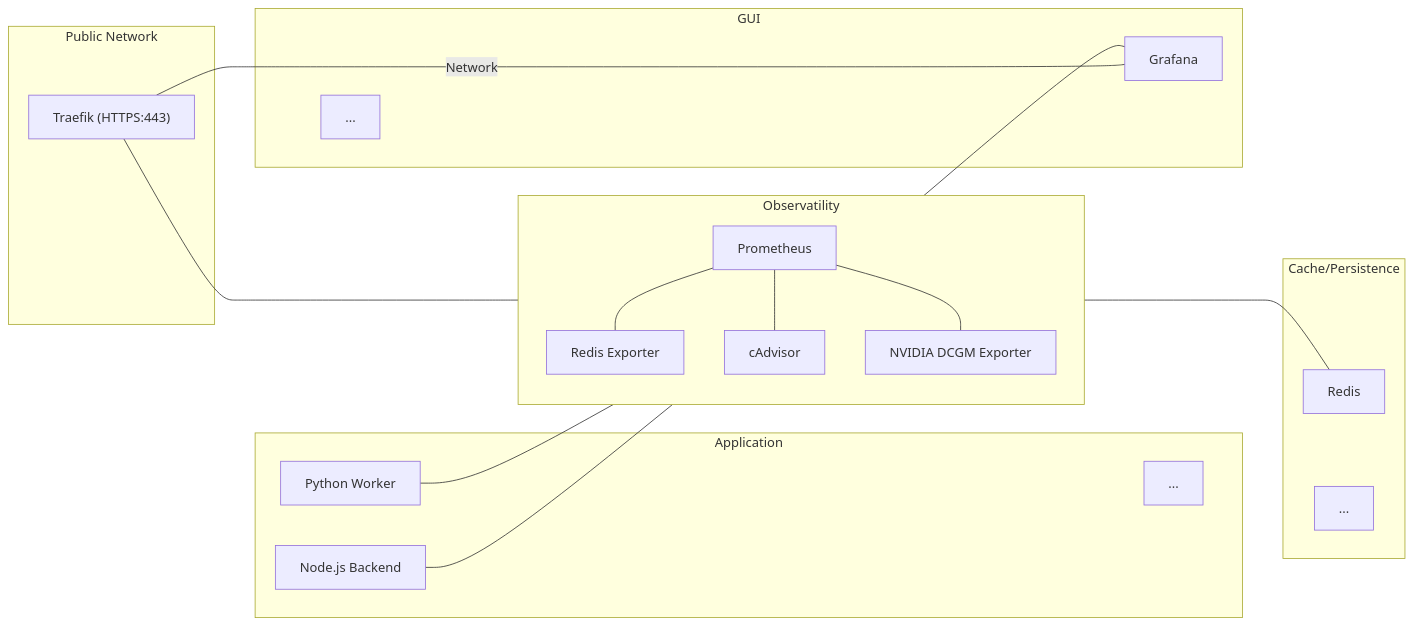
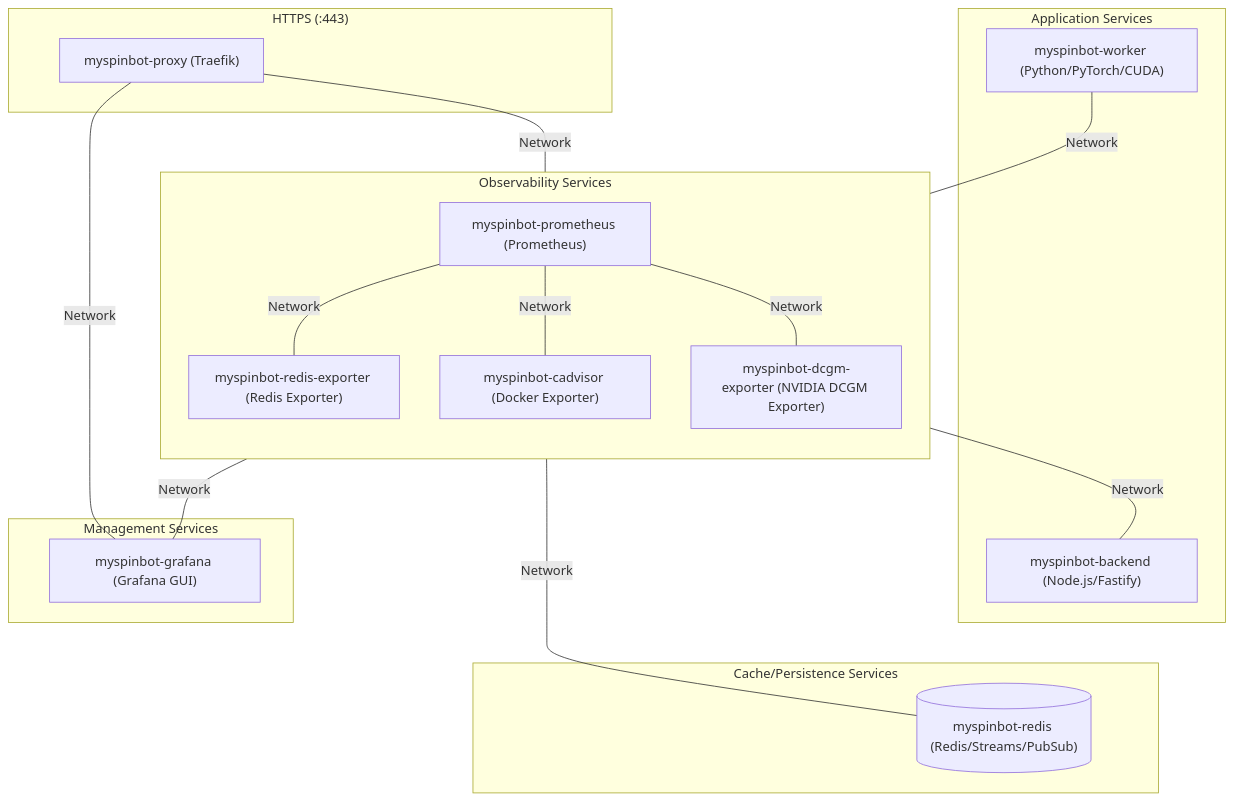
One commit to ktzevani/myspinbot changed the second of 6 diagrams in docs/04_modular_breakdown.md. Above: the diagram before and after it, drawn with Mermaid. The commit also changed other lines of this file, not shown here.

````diff
--- a/docs/04_modular_breakdown.md
+++ b/docs/04_modular_breakdown.md
@@ -85,41 +99,38 @@
 ```mermaid
-flowchart LR
-    subgraph Traefik["Public Network"]
-      Proxy["Traefik (HTTPS:443)"]
+flowchart TB
+    subgraph PublicNetwork["HTTPS (:443)"]
+      Proxy["myspinbot-proxy (Traefik)"]
     end
-    subgraph Application
-        Rest3[...]
-        API["Node.js Backend"]
-        Worker["Python Worker"]
+    subgraph ApplicationServices[Application Services]
+      API["myspinbot-backend (Node.js/Fastify)"]
+      Worker["myspinbot-worker (Python/PyTorch/CUDA)"]
     end
-    subgraph Storage["Cache/Persistence"]
-      Redis
-      Rest2[...]
+    subgraph StorageServices["Cache/Persistence Services"]
+      Redis[("myspinbot-redis (Redis/Streams/PubSub)")]
     end
-    subgraph GUI
-        Rest1[...]
-        Grafana[Grafana]
+    subgraph ManagementServices["Management Services"]
+      Grafana["myspinbot-grafana (Grafana GUI)"]
     end
-    subgraph Observatility
+    subgraph ObservabilityServices[Observability Services]
       direction BT
-      Prometheus
-      RedisExporter[Redis Exporter]
-      cAdvisor
-      DCGMExporter[NVIDIA DCGM Exporter]
+      Prometheus["myspinbot-prometheus (Prometheus)"]
+      RedisExporter["myspinbot-redis-exporter (Redis Exporter)"]
+      cAdvisor["myspinbot-cadvisor (Docker Exporter)"]
+      DCGMExporter["myspinbot-dcgm-exporter (NVIDIA DCGM Exporter)"]
     end
 
     Proxy -- Network --- Grafana
-    Prometheus --- Grafana
-    Redis --- RedisExporter
-    RedisExporter --- Prometheus
-    cAdvisor --- Prometheus
-    DCGMExporter --- Prometheus
-    Proxy --- Prometheus
-    API --- Prometheus
-    Worker --- Prometheus
+    Prometheus -- Network --- Grafana
+    Redis -- Network --- RedisExporter
+    RedisExporter -- Network --- Prometheus
+    cAdvisor -- Network --- Prometheus
+    DCGMExporter -- Network --- Prometheus
+    Proxy -- Network --- Prometheus
+    API -- Network --- Prometheus
+    Worker -- Network --- Prometheus
 
-    Traefik ~~~ GUI
-    GUI ~~~ Observatility
-    Observatility ~~~ Application
-    Application ~~~ Storage
+    PublicNetwork ~~~ ManagementServices
+    ManagementServices ~~~ ObservabilityServices
+    ObservabilityServices ~~~ ApplicationServices
+    ApplicationServices ~~~ StorageServices
 ```
````
